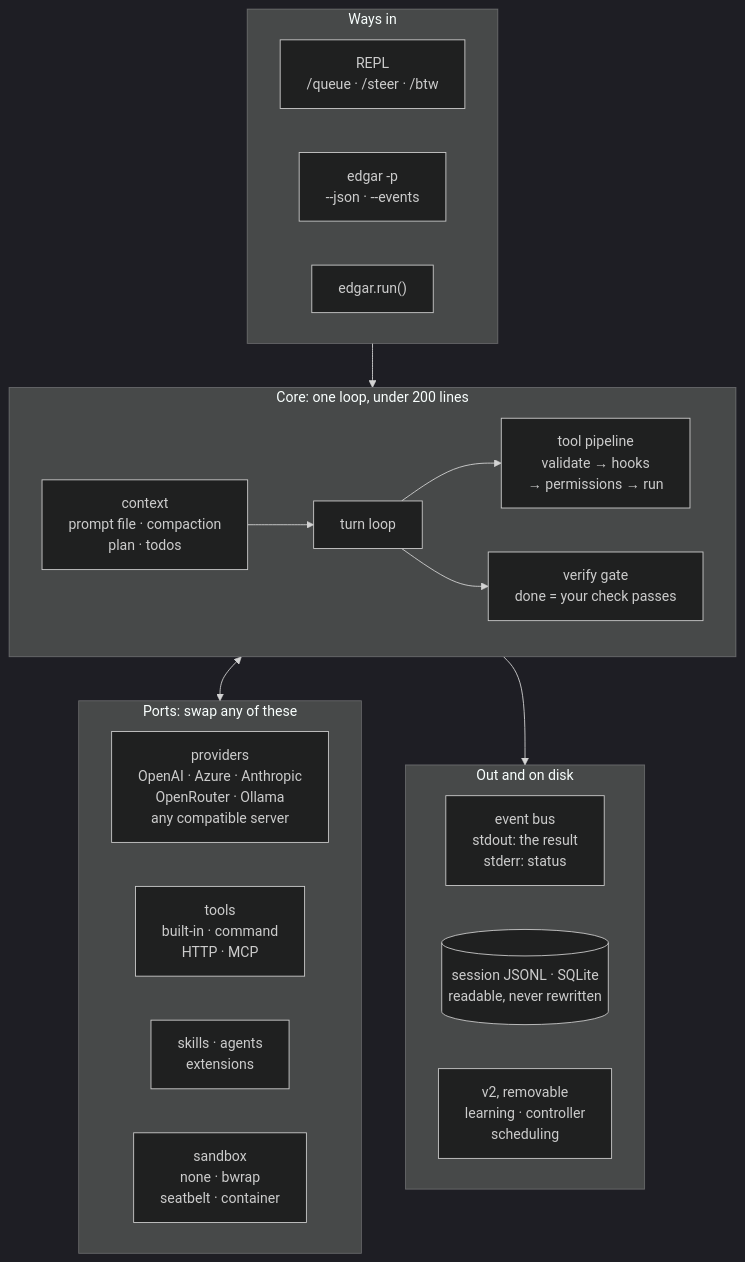
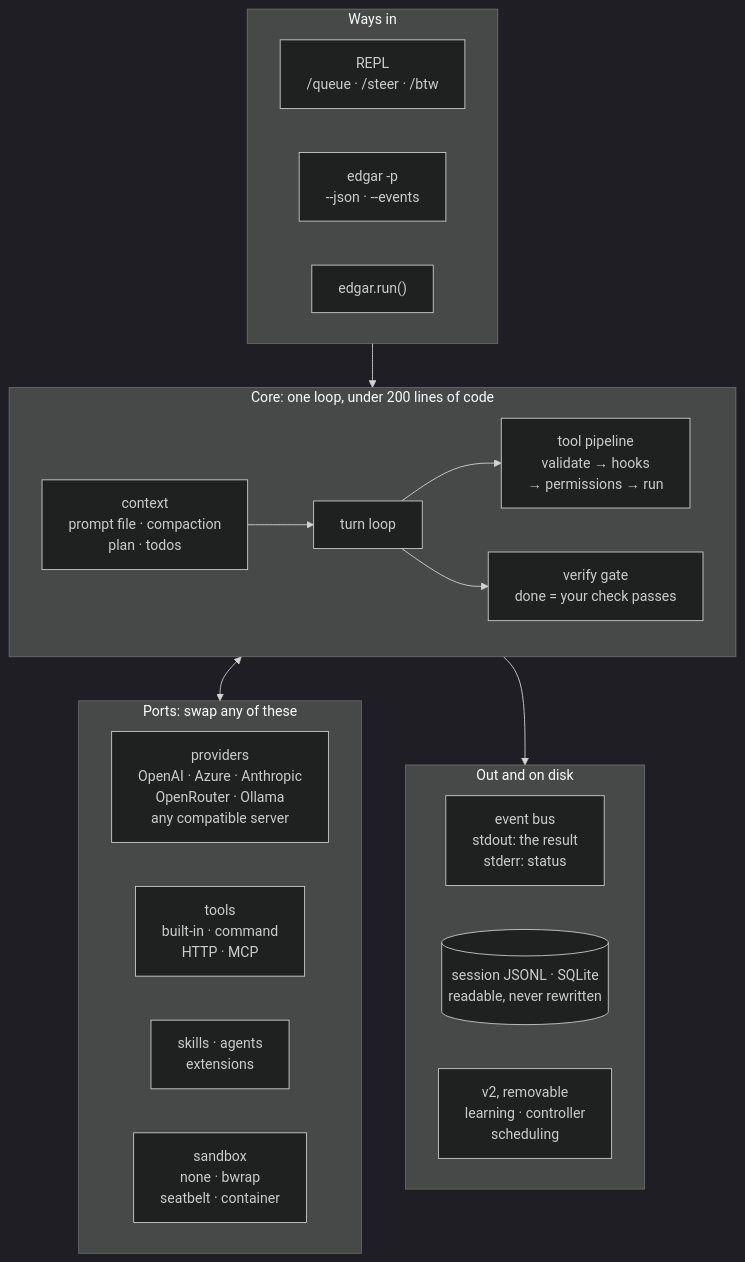
The diagram in README.md (vespassassina/edgar), drawn with Mermaid (dark theme) before and after one commit. The commit also changed other lines of this file and 19 other files, not shown here.

First line of the commit message:
docs: write the code to be read, count lines of code, and A Tour of the Harness [NFR-3, NFR-4]

````diff
--- a/README.md
+++ b/README.md
@@ -61,35 +64,35 @@
 ```mermaid
 flowchart TB
     subgraph entry["Ways in"]
         direction LR
         repl["REPL<br/>/queue · /steer · /btw"]
         oneshot["edgar -p<br/>--json · --events"]
         api["edgar.run()"]
     end
 
-    subgraph core["Core: one loop, under 200 lines"]
+    subgraph core["Core: one loop, under 200 lines of code"]
         direction LR
         ctx["context<br/>prompt file · compaction<br/>plan · todos"] --> loop["turn loop"]
         loop --> exec["tool pipeline<br/>validate → hooks<br/>→ permissions → run"]
         loop --> verify["verify gate<br/>done = your check passes"]
     end
 
     subgraph ports["Ports: swap any of these"]
         direction LR
         prov["providers<br/>OpenAI · Azure · Anthropic<br/>OpenRouter · Ollama<br/>any compatible server"]
         tools["tools<br/>built-in · command<br/>HTTP · MCP"]
         skills["skills · agents<br/>extensions"]
         sandbox["sandbox<br/>none · bwrap<br/>seatbelt · container"]
     end
 
     subgraph rest["Out and on disk"]
         direction LR
         bus["event bus<br/>stdout: the result<br/>stderr: status"]
         disk[("session JSONL · SQLite<br/>readable, never rewritten")]
         v2["v2, removable<br/>learning · controller<br/>scheduling"]
     end
 
     entry --> core
     core <--> ports
     core --> rest
 ```
````
